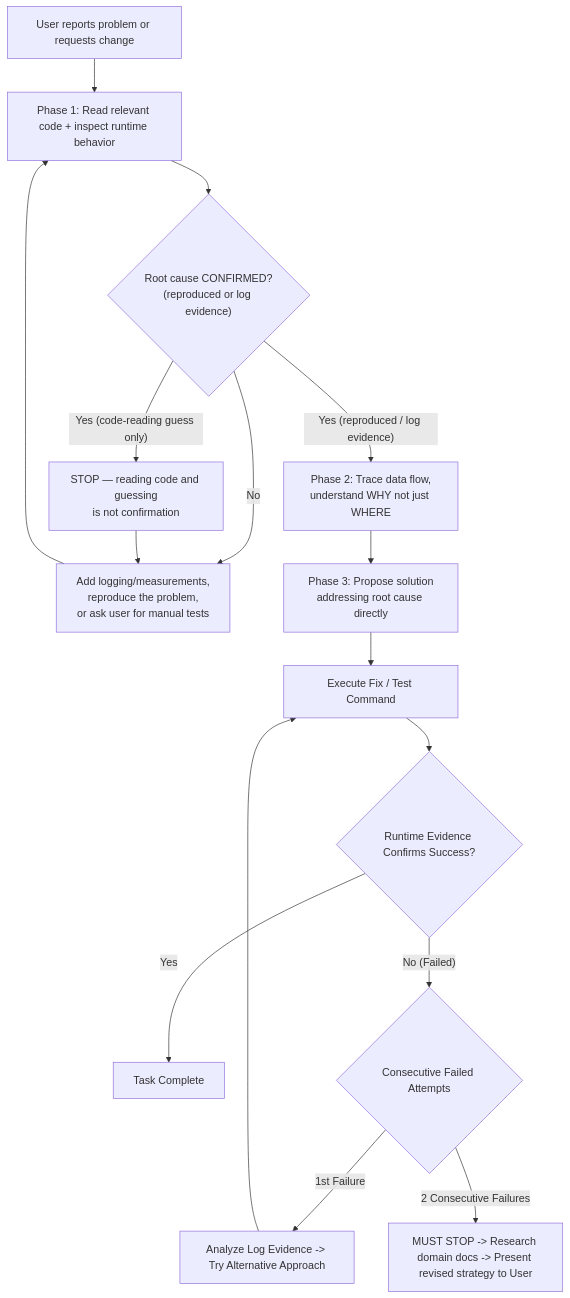
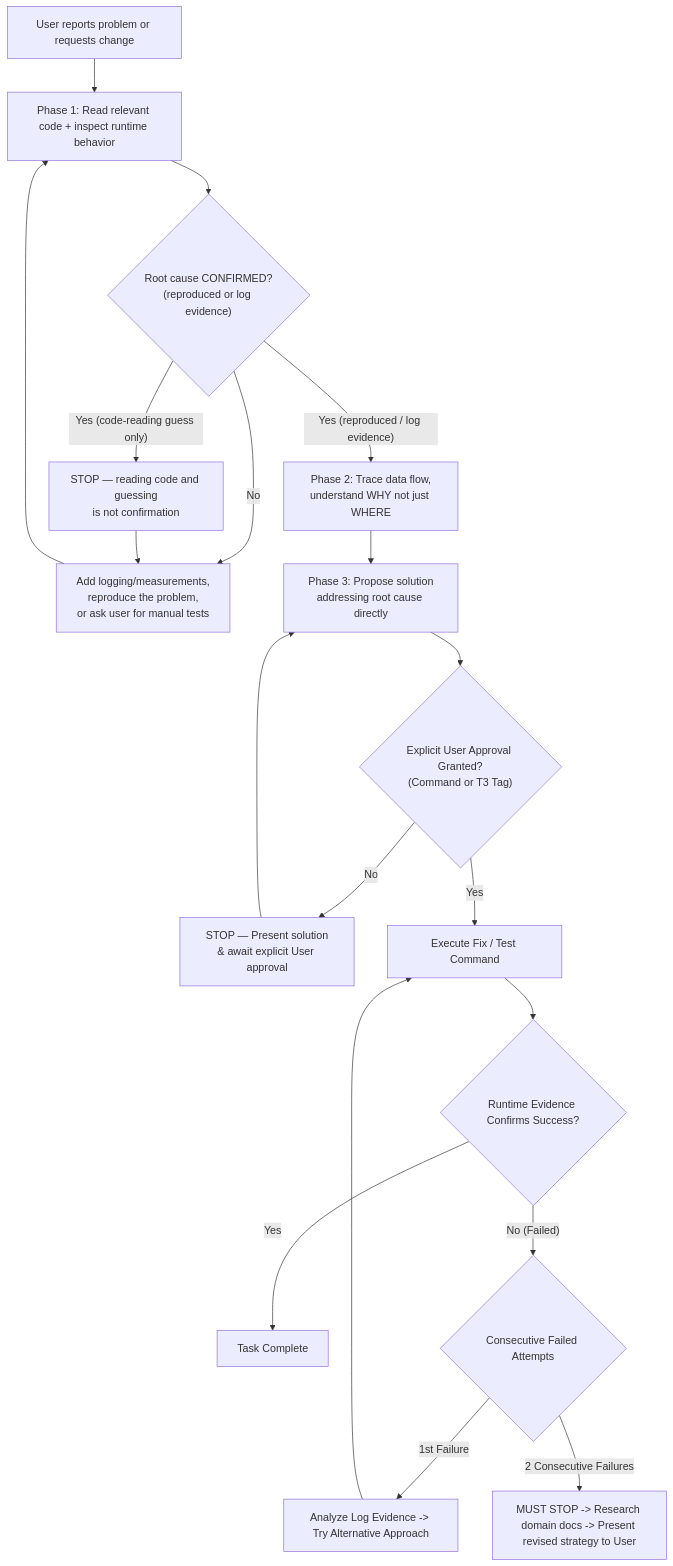
The eighth of 9 diagrams in AGENTS.md (loerei/myskills), drawn with Mermaid before and after one commit. The commit also changed 1 other file, not shown here.

Commit message:
docs(policy): add explicit User Approval gate before fix execution node in Section 5

````diff
--- a/AGENTS.md
+++ b/AGENTS.md
@@ -255,18 +255,21 @@
 ```mermaid
 flowchart TD
     Trigger["User reports problem or requests change"] --> Phase1["Phase 1: Read relevant code + inspect runtime behavior"]
     Phase1 --> Confirmed{"Root cause CONFIRMED?<br/>(reproduced or log evidence)"}
     Confirmed -->|"No"| Instrument["Add logging/measurements,<br/>reproduce the problem,<br/>or ask user for manual tests"]
     Instrument --> Phase1
     Confirmed -->|"Yes (code-reading guess only)"| Block["STOP — reading code and guessing<br/>is not confirmation"]
     Block --> Instrument
     Confirmed -->|"Yes (reproduced / log evidence)"| Phase2["Phase 2: Trace data flow,<br/>understand WHY not just WHERE"]
     Phase2 --> Phase3["Phase 3: Propose solution<br/>addressing root cause directly"]
-    Phase3 --> ExecAttempt["Execute Fix / Test Command"]
+    Phase3 --> ApprovalCheck{"Explicit User Approval Granted?<br/>(Command or T3 Tag)"}
+    ApprovalCheck -->|"No"| StopApproval["STOP — Present solution<br/>& await explicit User approval"]
+    StopApproval --> Phase3
+    ApprovalCheck -->|"Yes"| ExecAttempt["Execute Fix / Test Command"]
     ExecAttempt --> CheckEvidence{"Runtime Evidence Confirms Success?"}
     CheckEvidence -->|"Yes"| Pass["Task Complete"]
     CheckEvidence -->|"No (Failed)"| CountCheck{"Consecutive Failed Attempts"}
     CountCheck -->|"1st Failure"| AnalyzeLog["Analyze Log Evidence -> Try Alternative Approach"]
     AnalyzeLog --> ExecAttempt
     CountCheck -->|"2 Consecutive Failures"| MustStop["MUST STOP -> Research domain docs -> Present revised strategy to User"]
 ```
````
